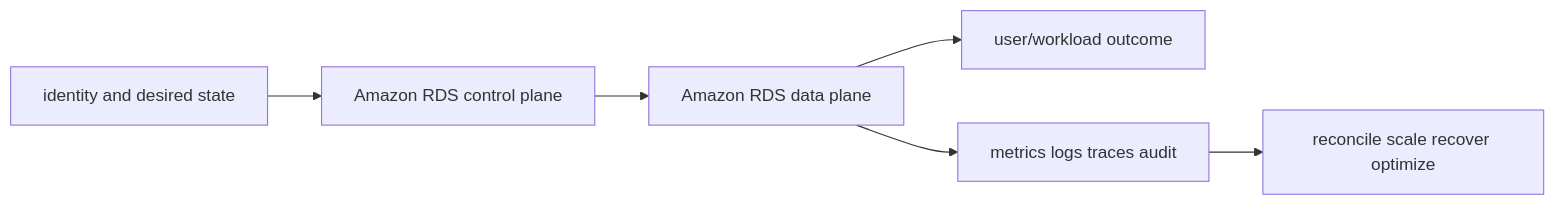
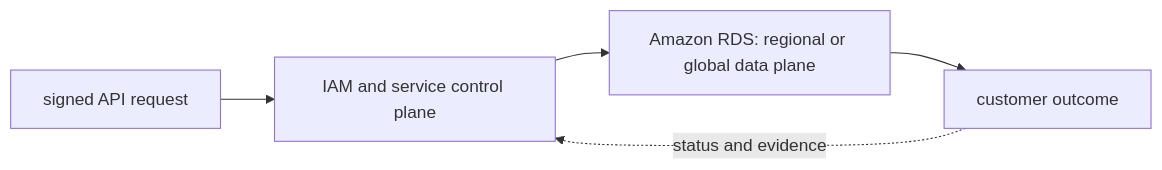
The diagram in 07-aws/07-databases/01-rds/README.md (tomkidumbuyo/DevOps-interview-preparation), drawn with Mermaid before and after one commit. The commit also changed other lines of this file and 753 other files, not shown here.

````diff
--- a/07-aws/07-databases/01-rds/README.md
+++ b/07-aws/07-databases/01-rds/README.md
@@ -19,8 +31,7 @@
 ```mermaid
 flowchart LR
-  I[identity and desired state] --> C[Amazon RDS control plane]
-  C --> D[Amazon RDS data plane]
-  D --> U[user/workload outcome]
-  D --> O[metrics logs traces audit]
-  O --> R[reconcile scale recover optimize]
+  A["signed API request"] --> B["IAM and service control plane"]
+  B --> C["Amazon RDS: regional or global data plane"]
+  C --> D["customer outcome"]
+  D -. "status and evidence" .-> B
 ```
````
